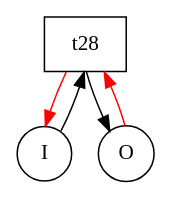
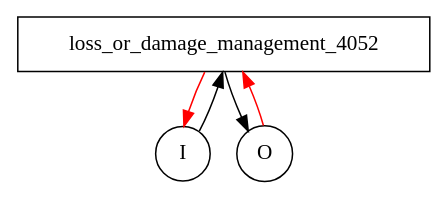
The diagram in output/loss_or_damage_management.dot (nricci/YAWL2FSP), drawn with Graphviz before and after one commit. The commit also changed 35 other files, not shown here.

```diff
--- a/output/loss_or_damage_management.dot
+++ b/output/loss_or_damage_management.dot
@@ -1,14 +1,14 @@
 digraph {
 	// LOSS_OR_DAMAGE_MANAGEMENT
 
 	// Elements
-	t28 [shape=box];
-	c31 [shape=circle][label=I];
-	c12 [shape=circle][label=O];
+	loss_or_damage_management_4052 [shape=box];
+	inputcondition_4050 [shape=circle][label=I];
+	outputcondition_4051 [shape=circle][label=O];
 
 	// Arrows
-	c31->t28;
-	t28->c12;
-	t28->c31[color=red];
-	c12->t28[color=red];
+	inputcondition_4050->loss_or_damage_management_4052;
+	loss_or_damage_management_4052->outputcondition_4051;
+	loss_or_damage_management_4052->inputcondition_4050[color=red];
+	outputcondition_4051->loss_or_damage_management_4052[color=red];
 }
```
